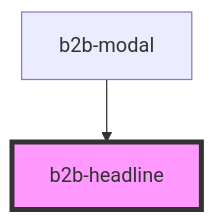
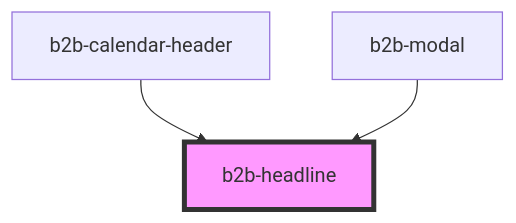
Before and after one commit to otto-de/b2b-design-system: the diagram in packages/core-components/src/components/headline/readme.md, drawn with Mermaid. The commit also changed other lines of this file and 8 other files, not shown here.

````diff
--- a/packages/core-components/src/components/headline/readme.md
+++ b/packages/core-components/src/components/headline/readme.md
@@ -29,5 +30,6 @@
 ```mermaid
 graph TD;
+  b2b-calendar-header --> b2b-headline
   b2b-modal --> b2b-headline
   style b2b-headline fill:#f9f,stroke:#333,stroke-width:4px
 ```
````
